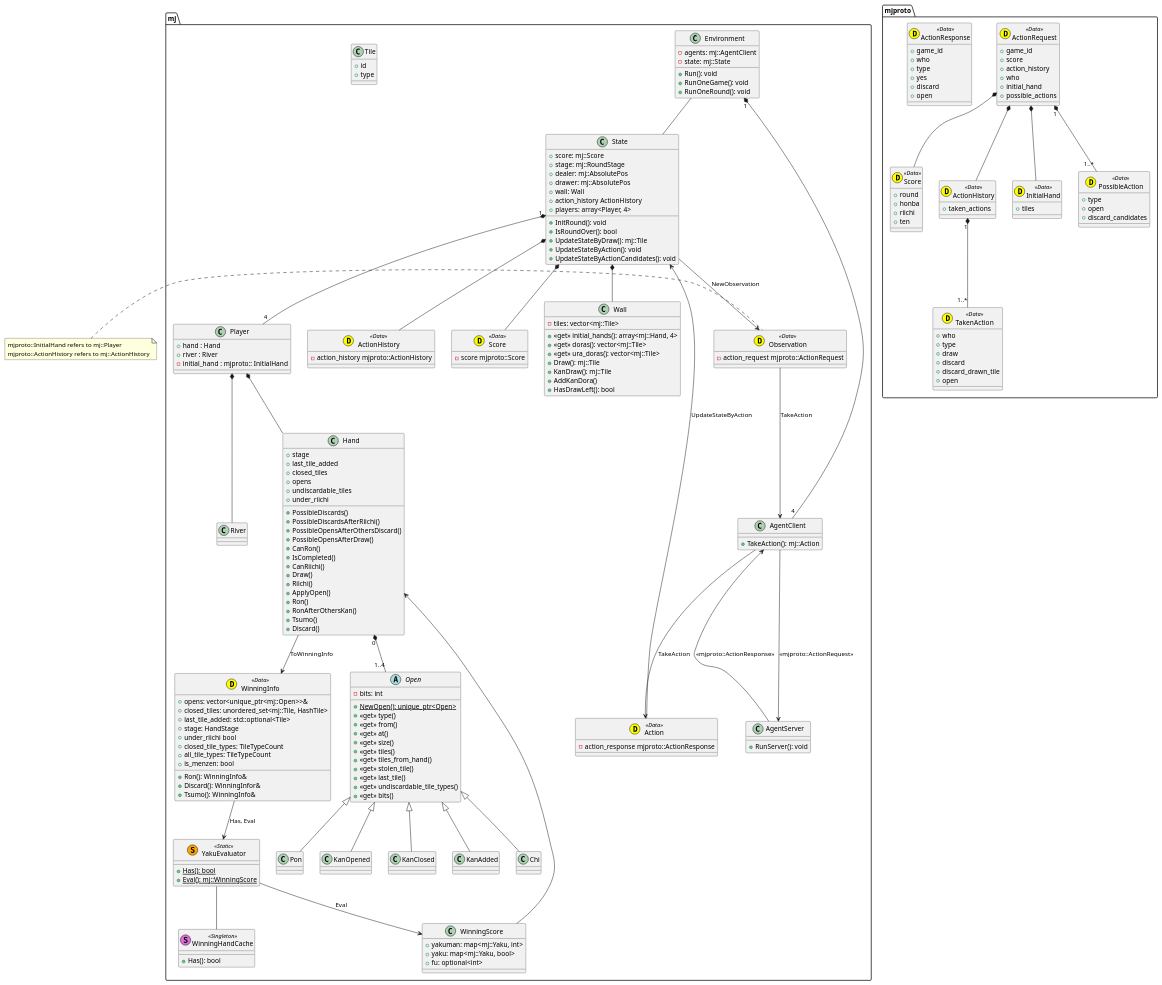
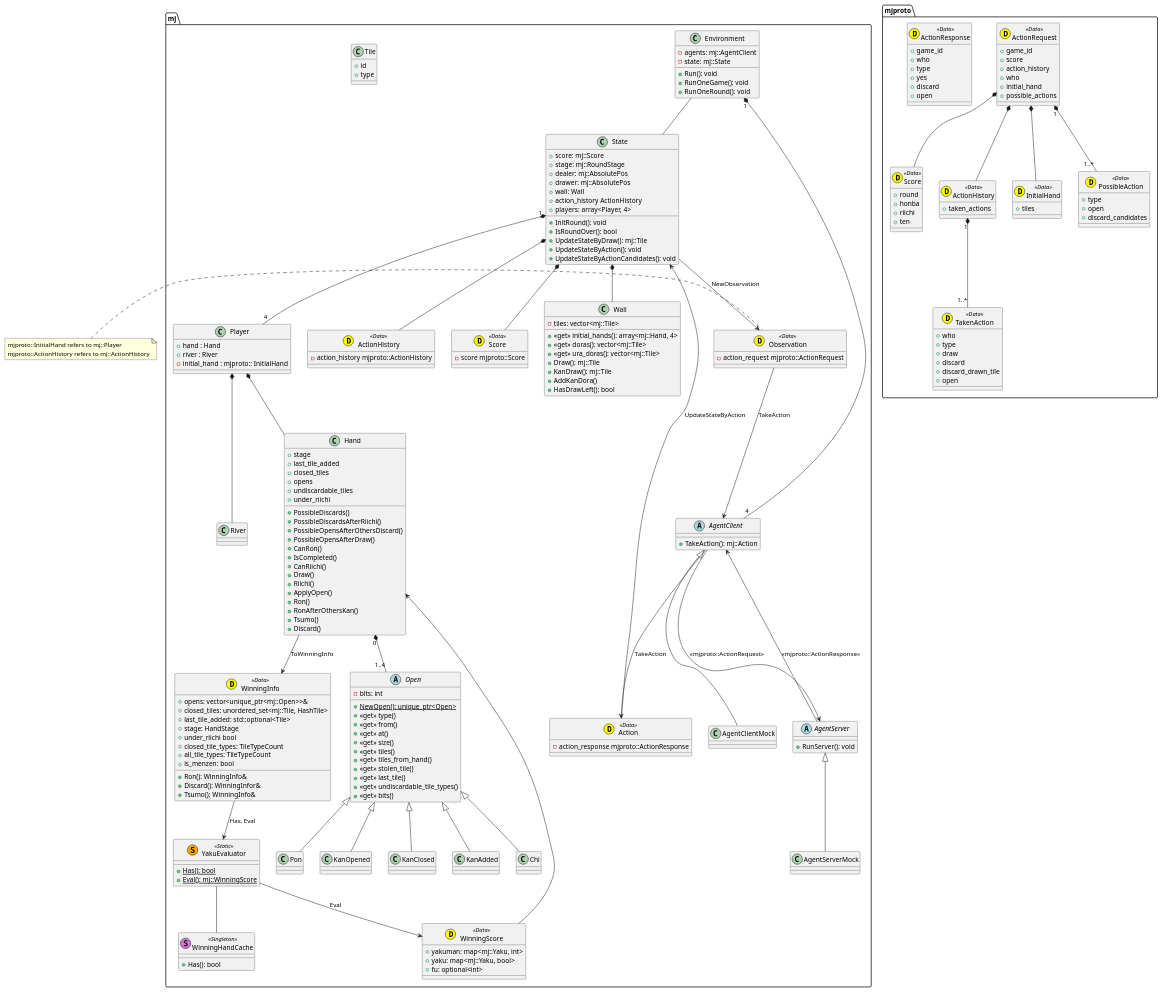
One commit to mjx-project/mjx changed the diagram in diagram.pu. Above: the diagram before and after it, drawn with PlantUML. The commit also changed 1 other file, not shown here.

Commit message:
docs: update diagram

```diff
--- a/diagram.pu
+++ b/diagram.pu
@@ -75,7 +75,7 @@
     + Has(): bool
 }
 
-class mj::WinningScore {
+class mj::WinningScore <<(D,yellow) Data>> {
     + yakuman: map<mj::Yaku, int>
     + yaku: map<mj::Yaku, bool>
     + fu: optional<int>
@@ -128,12 +128,21 @@
     - action_history mjproto::ActionHistory
 }
 
-class mj::AgentClient {
+abstract class mj::AgentClient {
     + TakeAction(): mj::Action
 }
 
-class mj::AgentServer {
+class mj::AgentClientMock {
+
+}
+
+
+abstract class mj::AgentServer {
     + RunServer(): void
+}
+
+class mj::AgentServerMock{
+
 }
 
 class mj::Score <<(D,yellow) Data>> {
@@ -256,8 +265,10 @@
 
 mj::AgentClient --> mj::AgentServer : <<mjproto::ActionRequest>>
 mj::AgentClient --> mj::Action : TakeAction
+mj::AgentClient <|-- mj::AgentClientMock
 
 mj::AgentServer --> mj::AgentClient : <<mjproto::ActionResponse>>
+mj::AgentServer <|-- mj::AgentServerMock
 
 
 @enduml
```
